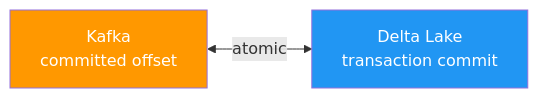
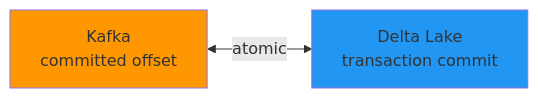
The diagram in 02-streaming-fundamentals/03-delivery-guarantees.md (gcmishra7/data-engineering-helper), drawn with Mermaid before and after one commit. The commit also changed 13 other files, not shown here.

First line of the commit message:
Fix mermaid diagram visibility on GitHub

````diff
--- a/02-streaming-fundamentals/03-delivery-guarantees.md
+++ b/02-streaming-fundamentals/03-delivery-guarantees.md
@@ -35,6 +35,6 @@
 ```mermaid
 graph LR
     K[Kafka<br/>committed offset] <-->|atomic| D[Delta Lake<br/>transaction commit]
-    style K fill:#FF9800,color:#fff
-    style D fill:#2196F3,color:#fff
+    style K fill:#FF9800
+    style D fill:#2196F3
 ```
````
